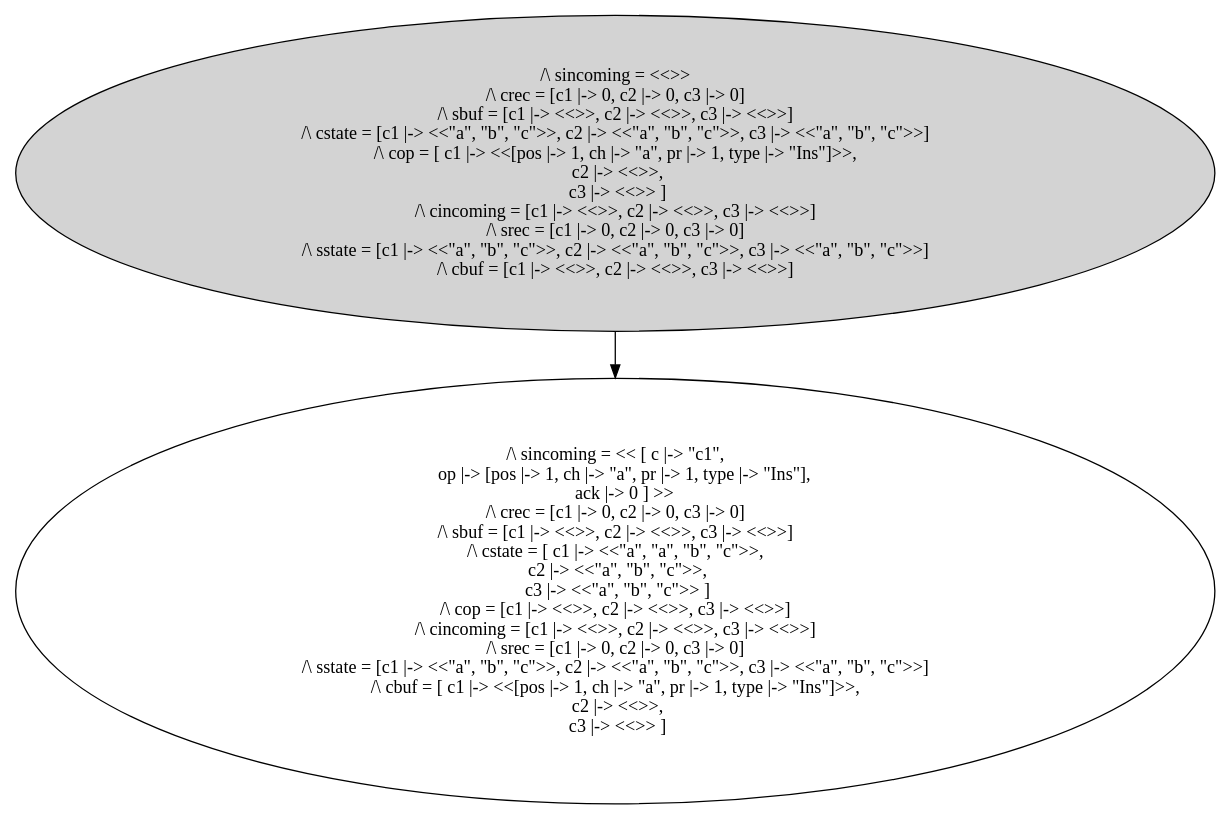
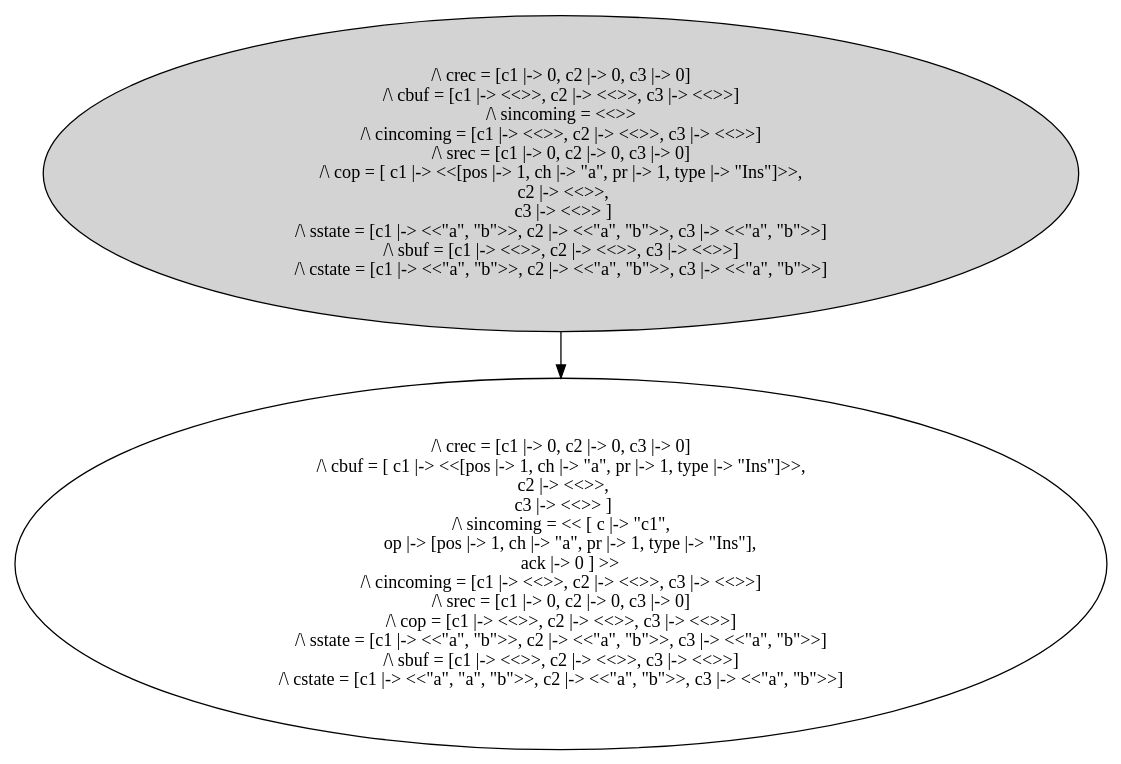
The diagram in tlaplus-projects/Hengfeng-Wei/Wei-jupiter-tla/AJupiterDo.toolbox/Model-AJupiterDo/Model-AJupiterDo.dot (hengxin/tlaplus-at-nju-disalg), drawn with Graphviz before and after one commit. The commit also changed 44 other files, not shown here.

```diff
--- a/tlaplus-projects/Hengfeng-Wei/Wei-jupiter-tla/AJupiterDo.toolbox/Model-AJupiterDo/Model-AJupiterDo.dot
+++ b/tlaplus-projects/Hengfeng-Wei/Wei-jupiter-tla/AJupiterDo.toolbox/Model-AJupiterDo/Model-AJupiterDo.dot
@@ -1,29 +1,27 @@
 strict digraph DiskGraph {
-2423153054679882448 [style = filled] [label="/\\ sincoming = <<>>
-/\\ crec = [c1 |-> 0, c2 |-> 0, c3 |-> 0]
-/\\ sbuf = [c1 |-> <<>>, c2 |-> <<>>, c3 |-> <<>>]
-/\\ cstate = [c1 |-> <<\"a\", \"b\", \"c\">>, c2 |-> <<\"a\", \"b\", \"c\">>, c3 |-> <<\"a\", \"b\", \"c\">>]
+6635539976285616861 [style = filled] [label="/\\ crec = [c1 |-> 0, c2 |-> 0, c3 |-> 0]
+/\\ cbuf = [c1 |-> <<>>, c2 |-> <<>>, c3 |-> <<>>]
+/\\ sincoming = <<>>
+/\\ cincoming = [c1 |-> <<>>, c2 |-> <<>>, c3 |-> <<>>]
+/\\ srec = [c1 |-> 0, c2 |-> 0, c3 |-> 0]
 /\\ cop = [ c1 |-> <<[pos |-> 1, ch |-> \"a\", pr |-> 1, type |-> \"Ins\"]>>,
   c2 |-> <<>>,
   c3 |-> <<>> ]
+/\\ sstate = [c1 |-> <<\"a\", \"b\">>, c2 |-> <<\"a\", \"b\">>, c3 |-> <<\"a\", \"b\">>]
+/\\ sbuf = [c1 |-> <<>>, c2 |-> <<>>, c3 |-> <<>>]
+/\\ cstate = [c1 |-> <<\"a\", \"b\">>, c2 |-> <<\"a\", \"b\">>, c3 |-> <<\"a\", \"b\">>]"]
+6635539976285616861 -> -199553270154256328;
+-199553270154256328 [label="/\\ crec = [c1 |-> 0, c2 |-> 0, c3 |-> 0]
+/\\ cbuf = [ c1 |-> <<[pos |-> 1, ch |-> \"a\", pr |-> 1, type |-> \"Ins\"]>>,
+  c2 |-> <<>>,
+  c3 |-> <<>> ]
+/\\ sincoming = << [ c |-> \"c1\",
+     op |-> [pos |-> 1, ch |-> \"a\", pr |-> 1, type |-> \"Ins\"],
+     ack |-> 0 ] >>
 /\\ cincoming = [c1 |-> <<>>, c2 |-> <<>>, c3 |-> <<>>]
 /\\ srec = [c1 |-> 0, c2 |-> 0, c3 |-> 0]
-/\\ sstate = [c1 |-> <<\"a\", \"b\", \"c\">>, c2 |-> <<\"a\", \"b\", \"c\">>, c3 |-> <<\"a\", \"b\", \"c\">>]
-/\\ cbuf = [c1 |-> <<>>, c2 |-> <<>>, c3 |-> <<>>]"]
-2423153054679882448 -> 1007518692461643651;
-1007518692461643651 [label="/\\ sincoming = << [ c |-> \"c1\",
-     op |-> [pos |-> 1, ch |-> \"a\", pr |-> 1, type |-> \"Ins\"],
-     ack |-> 0 ] >>
-/\\ crec = [c1 |-> 0, c2 |-> 0, c3 |-> 0]
+/\\ cop = [c1 |-> <<>>, c2 |-> <<>>, c3 |-> <<>>]
+/\\ sstate = [c1 |-> <<\"a\", \"b\">>, c2 |-> <<\"a\", \"b\">>, c3 |-> <<\"a\", \"b\">>]
 /\\ sbuf = [c1 |-> <<>>, c2 |-> <<>>, c3 |-> <<>>]
-/\\ cstate = [ c1 |-> <<\"a\", \"a\", \"b\", \"c\">>,
-  c2 |-> <<\"a\", \"b\", \"c\">>,
-  c3 |-> <<\"a\", \"b\", \"c\">> ]
-/\\ cop = [c1 |-> <<>>, c2 |-> <<>>, c3 |-> <<>>]
-/\\ cincoming = [c1 |-> <<>>, c2 |-> <<>>, c3 |-> <<>>]
-/\\ srec = [c1 |-> 0, c2 |-> 0, c3 |-> 0]
-/\\ sstate = [c1 |-> <<\"a\", \"b\", \"c\">>, c2 |-> <<\"a\", \"b\", \"c\">>, c3 |-> <<\"a\", \"b\", \"c\">>]
-/\\ cbuf = [ c1 |-> <<[pos |-> 1, ch |-> \"a\", pr |-> 1, type |-> \"Ins\"]>>,
-  c2 |-> <<>>,
-  c3 |-> <<>> ]"];
+/\\ cstate = [c1 |-> <<\"a\", \"a\", \"b\">>, c2 |-> <<\"a\", \"b\">>, c3 |-> <<\"a\", \"b\">>]"];
 }
```
